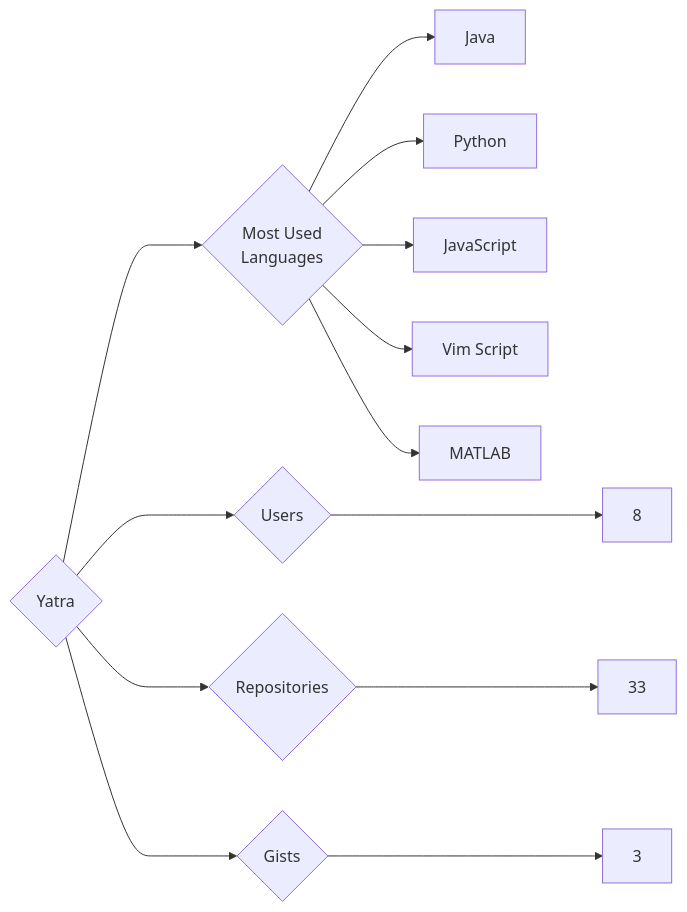
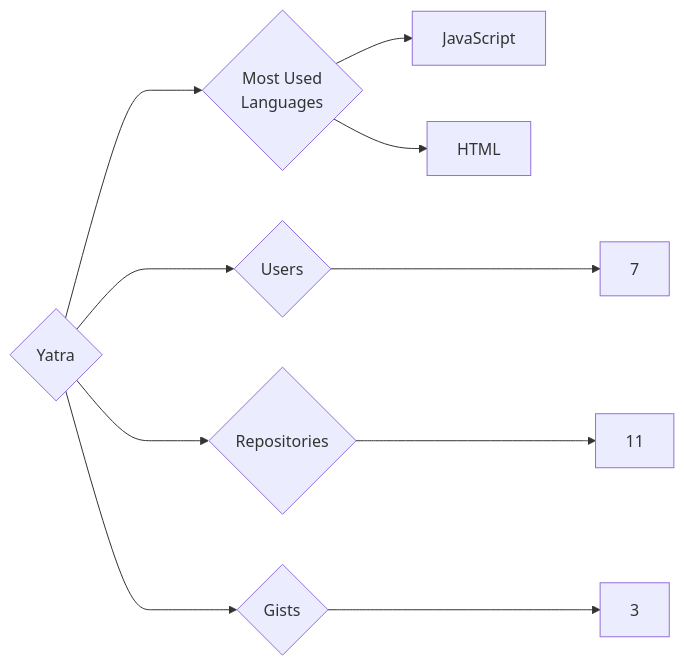
One commit to trickest/insiders changed the diagram in targets/Yatra/README.md. Above: the diagram before and after it, drawn with Mermaid. The commit also changed 1389 other files, not shown here.

````diff
--- a/targets/Yatra/README.md
+++ b/targets/Yatra/README.md
@@ -3,13 +3,10 @@
 ```mermaid
 graph LR
 COMPANY_NAME{Yatra}
-COMPANY_NAME ---> U{Users} ---> UN[8]
-COMPANY_NAME ---> R{Repositories} ---> RN[33]
+COMPANY_NAME ---> U{Users} ---> UN[7]
+COMPANY_NAME ---> R{Repositories} ---> RN[11]
 COMPANY_NAME ---> G{Gists} ---> GN[3]
 COMPANY_NAME ---> ML{Most Used<br>Languages}
-ML --> Java[Java]
-ML --> Python[Python]
 ML --> JavaScript[JavaScript]
-ML --> Vim_Script[Vim Script]
-ML --> MATLAB[MATLAB]
+ML --> HTML[HTML]
 ```
````
